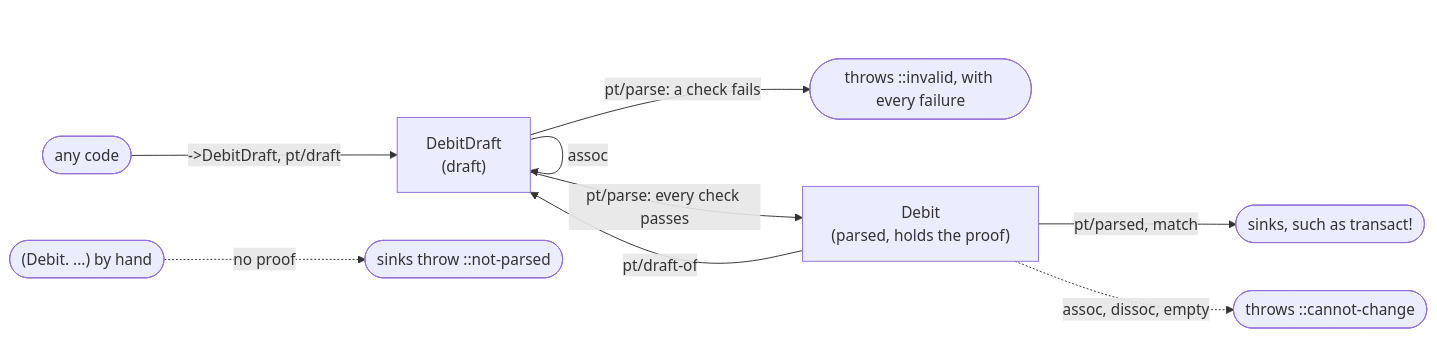
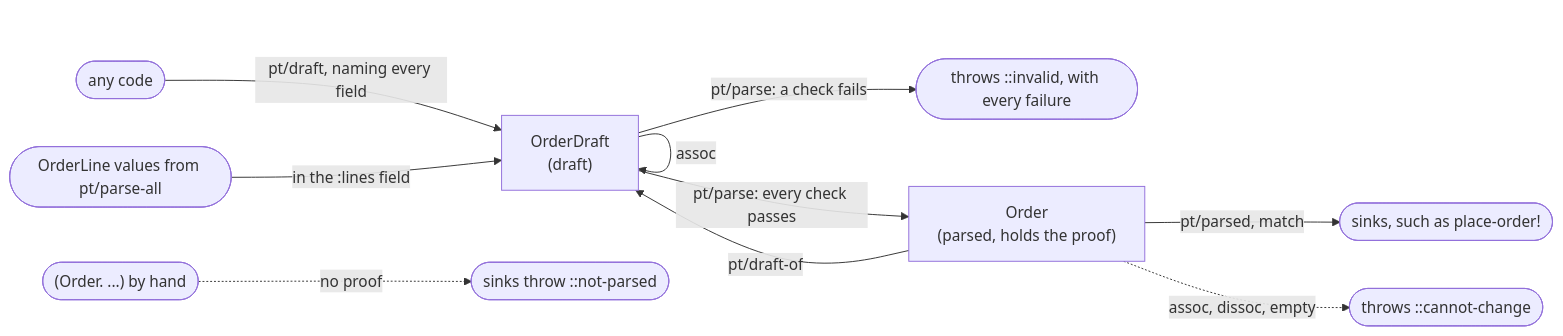
Before and after one commit to escherize/parsed-types: the diagram in README.md, drawn with Mermaid. The commit also changed other lines of this file and 2 other files, not shown here.

````diff
--- a/README.md
+++ b/README.md
@@ -18,11 +19,12 @@
 ```mermaid
 flowchart LR
-  code([any code]) -->|"->DebitDraft, pt/draft"| D["DebitDraft<br/>(draft)"]
+  code([any code]) -->|"pt/draft, naming every field"| D["OrderDraft<br/>(draft)"]
+  L(["OrderLine values from pt/parse-all"]) -->|"in the :lines field"| D
   D -->|assoc| D
-  D -->|"pt/parse: every check passes"| P["Debit<br/>(parsed, holds the proof)"]
+  D -->|"pt/parse: every check passes"| P["Order<br/>(parsed, holds the proof)"]
   D -->|"pt/parse: a check fails"| F(["throws ::invalid, with every failure"])
   P -->|pt/draft-of| D
-  P -->|"pt/parsed, match"| S([sinks, such as transact!])
+  P -->|"pt/parsed, match"| S([sinks, such as place-order!])
   P -.->|"assoc, dissoc, empty"| T(["throws ::cannot-change"])
-  H(["(Debit. ...) by hand"]) -.->|no proof| N(["sinks throw ::not-parsed"])
+  H(["(Order. ...) by hand"]) -.->|no proof| N(["sinks throw ::not-parsed"])
 ```
````
